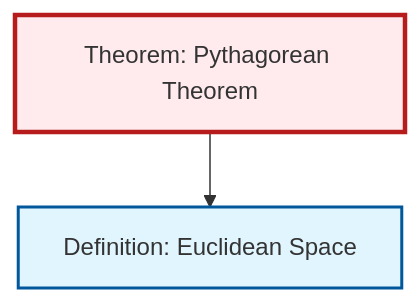
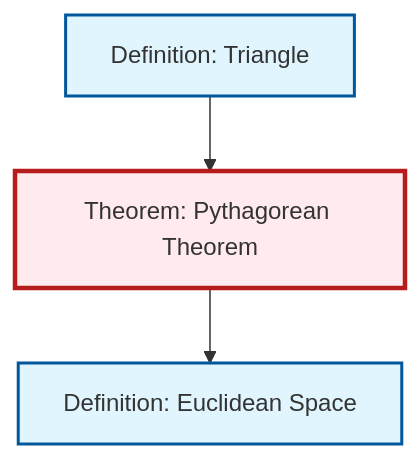
The second of 2 diagrams in content/en/geometry/thm-pythagorean.qmd (RK0429/ModernMath), drawn with Mermaid before and after one commit. The commit also changed other lines of this file and 203 other files, not shown here.

````diff
--- a/content/en/geometry/thm-pythagorean.qmd
+++ b/content/en/geometry/thm-pythagorean.qmd
@@ -68,15 +68,15 @@
 ```{mermaid}
 %%| fig-cap: "Local dependency graph"
 graph TD
     classDef definition fill:#e1f5fe,stroke:#01579b,stroke-width:2px
     classDef theorem fill:#f3e5f5,stroke:#4a148c,stroke-width:2px
     classDef axiom fill:#fff3e0,stroke:#e65100,stroke-width:2px
     classDef example fill:#e8f5e9,stroke:#1b5e20,stroke-width:2px
     classDef current fill:#ffebee,stroke:#b71c1c,stroke-width:3px
+    def-euclidean-space["Definition: Euclidean Space"]:::definition
     thm-pythagorean["Theorem: Pythagorean Theorem"]:::theorem
-    def-euclidean-space["Definition: Euclidean Space"]:::definition
+    def-triangle["Definition: Triangle"]:::definition
     thm-pythagorean --> def-euclidean-space
+    def-triangle --> thm-pythagorean
     class thm-pythagorean current
-
-    click def-euclidean-space "def-euclidean-space.html" "Go to Euclidean Space definition"
 ```
````
